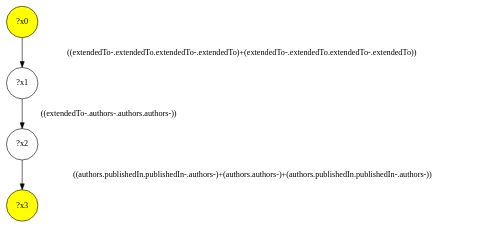
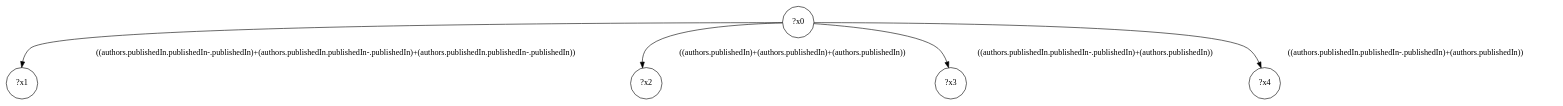
Before and after one commit to gbagan/gmark: the diagram in demo/test-a/test-a-interface/query-42.dot, drawn with Graphviz. The commit also changed 707 other files, not shown here.

```diff
--- a/demo/test-a/test-a-interface/query-42.dot
+++ b/demo/test-a/test-a-interface/query-42.dot
@@ -1,9 +1,11 @@
 digraph g {
-	x0 [fillcolor="yellow", style="filled," shape=circle, label="?x0"];
-	x3 [fillcolor="yellow", style="filled," shape=circle, label="?x3"];
+	x0 [shape=circle, label="?x0"];
 	x1 [shape=circle, label="?x1"];
-	x0 -> x1 [label="((extendedTo-.extendedTo.extendedTo-.extendedTo)+(extendedTo-.extendedTo.extendedTo-.extendedTo))"];
+	x0 -> x1 [label="((authors.publishedIn.publishedIn-.publishedIn)+(authors.publishedIn.publishedIn-.publishedIn)+(authors.publishedIn.publishedIn-.publishedIn))"];
 	x2 [shape=circle, label="?x2"];
-	x1 -> x2 [label="((extendedTo-.authors-.authors.authors-))"];
-	x2 -> x3 [label="((authors.publishedIn.publishedIn-.authors-)+(authors.authors-)+(authors.publishedIn.publishedIn-.authors-))"];
+	x0 -> x2 [label="((authors.publishedIn)+(authors.publishedIn)+(authors.publishedIn))"];
+	x3 [shape=circle, label="?x3"];
+	x0 -> x3 [label="((authors.publishedIn.publishedIn-.publishedIn)+(authors.publishedIn))"];
+	x4 [shape=circle, label="?x4"];
+	x0 -> x4 [label="((authors.publishedIn.publishedIn-.publishedIn)+(authors.publishedIn))"];
 }
```
